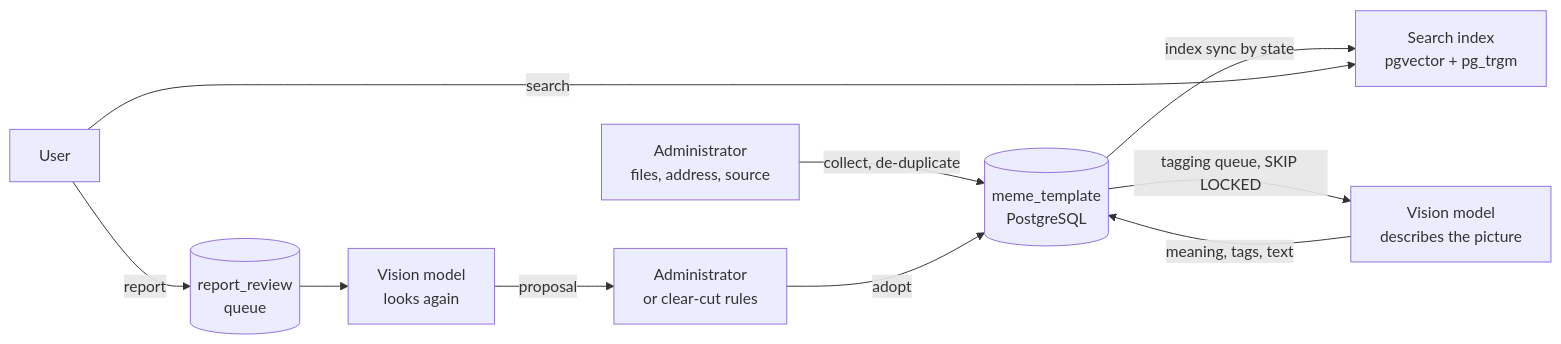
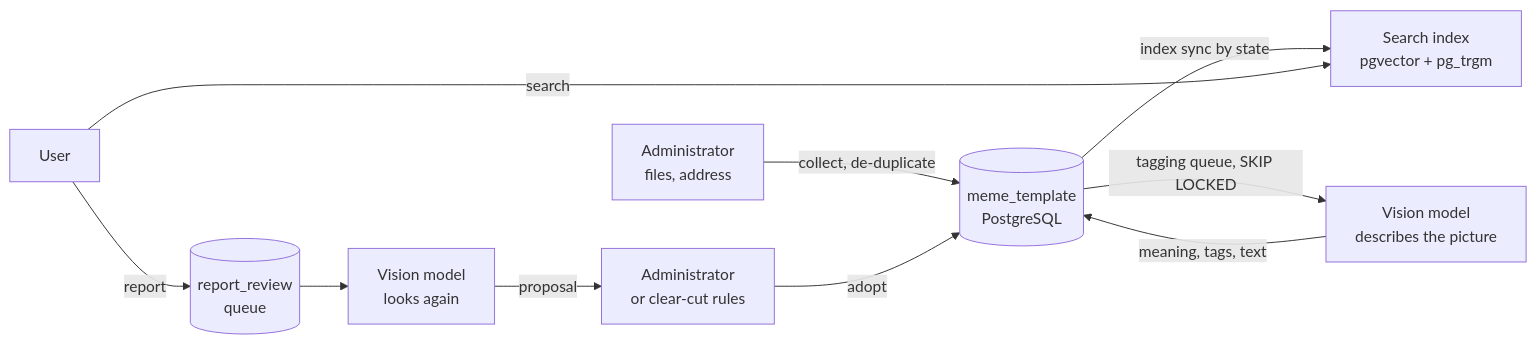
One commit to chun-wei0413/WTM changed the first of 2 diagrams in docs/technical.md. Above: the diagram before and after it, drawn with Mermaid. The commit also changed other lines of this file and 4 other files, not shown here.

````diff
--- a/docs/technical.md
+++ b/docs/technical.md
@@ -30,12 +29,12 @@
 ```mermaid
 flowchart LR
-    A[Administrator<br/>files, address, source] -->|collect, de-duplicate| L[(meme_template<br/>PostgreSQL)]
+    A[Administrator<br/>files, address] -->|collect, de-duplicate| L[(meme_template<br/>PostgreSQL)]
     L -->|tagging queue, SKIP LOCKED| V[Vision model<br/>describes the picture]
     V -->|meaning, tags, text| L
     L -->|index sync by state| S[Search index<br/>pgvector + pg_trgm]
     U[User] -->|search| S
     U -->|report| R[(report_review<br/>queue)]
     R --> V2[Vision model<br/>looks again]
     V2 -->|proposal| AD[Administrator<br/>or clear-cut rules]
     AD -->|adopt| L
 ```
````
